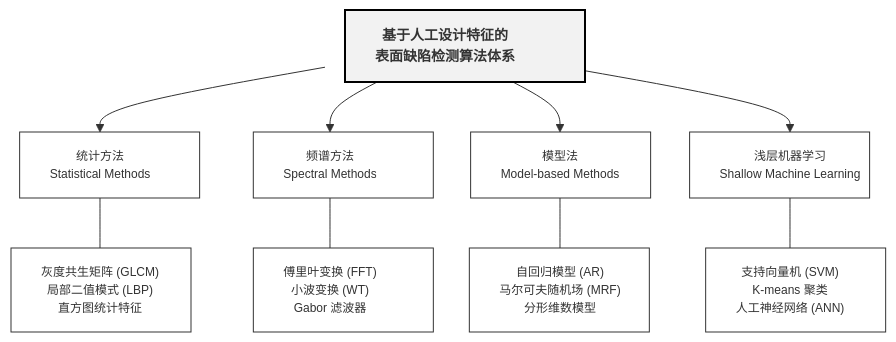
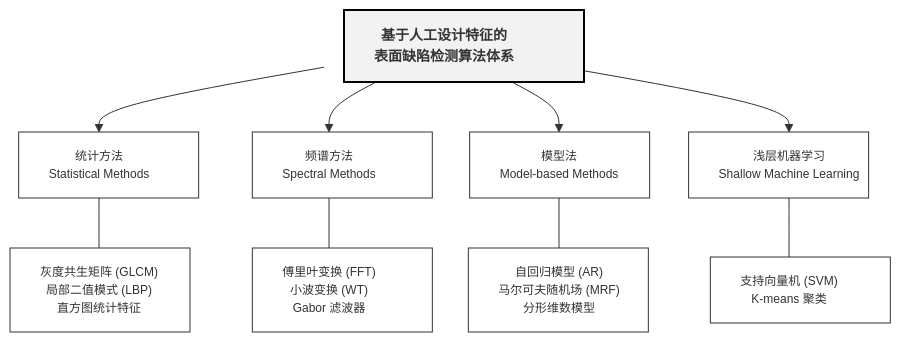
Before and after one commit to MAOSHENGsong/iodraw-files: the diagram in all/未命名-1.md, drawn with Mermaid.

Commit message:
2026-03-17 18:35:28 update

````diff
--- a/all/未命名-1.md
+++ b/all/未命名-1.md
@@ -1,44 +1,44 @@
 ```mermaid
 graph TB
     %% 核心标题
     Main[基于人工设计特征的<br/>表面缺陷检测算法体系] 
     
     %% 第一层级：四大分支 (设置固定宽度 180px)
     Statistical[统计方法<br/>Statistical Methods]
     Spectral[频谱方法<br/>Spectral Methods]
     Model[模型法<br/>Model-based Methods]
     Machine[浅层机器学习<br/>Shallow Machine Learning]
 
     %% 第二层级：典型算法 (手动折行确保不溢出)
     Sub_Stat["灰度共生矩阵 (GLCM)<br/>局部二值模式 (LBP)<br/>直方图统计特征"]
     Sub_Spec["傅里叶变换 (FFT)<br/>小波变换 (WT)<br/>Gabor 滤波器"]
     Sub_Mod["自回归模型 (AR)<br/>马尔可夫随机场 (MRF)<br/>分形维数模型"]
-    Sub_Mach["支持向量机 (SVM)<br/>K-means 聚类<br/>人工神经网络 (ANN)"]
+    Sub_Mach["支持向量机 (SVM)<br/>K-means 聚类<br/>"]
 
     %% 建立连接
     Main --> Statistical
     Main --> Spectral
     Main --> Model
     Main --> Machine
 
     Statistical --- Sub_Stat
     Spectral --- Sub_Spec
     Model --- Sub_Mod
     Machine --- Sub_Mach
 
     %% --- 论文级样式控制 ---
     %% 统一所有节点的宽度为 180px，确保上下对齐且文字不溢出
     classDef boxStyle fill:#ffffff,stroke:#333,stroke-width:1px,width:180px,font-size:12px;
     
     class Statistical,Spectral,Model,Machine boxStyle;
     class Sub_Stat,Sub_Spec,Sub_Mod,Sub_Mach boxStyle;
 
     %% 标题样式：略宽一些以容纳长标题
     style Main fill:#f2f2f2,stroke:#000,stroke-width:2px,font-weight:bold,width:240px,font-size:14px
     
     %% 强制微调子项对齐
     style Sub_Stat text-align:center
     style Sub_Spec text-align:center
     style Sub_Mod text-align:center
     style Sub_Mach text-align:center
 ```
````
